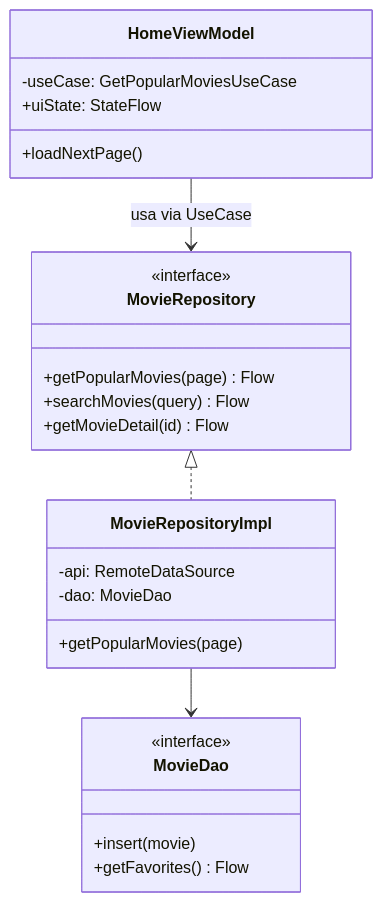
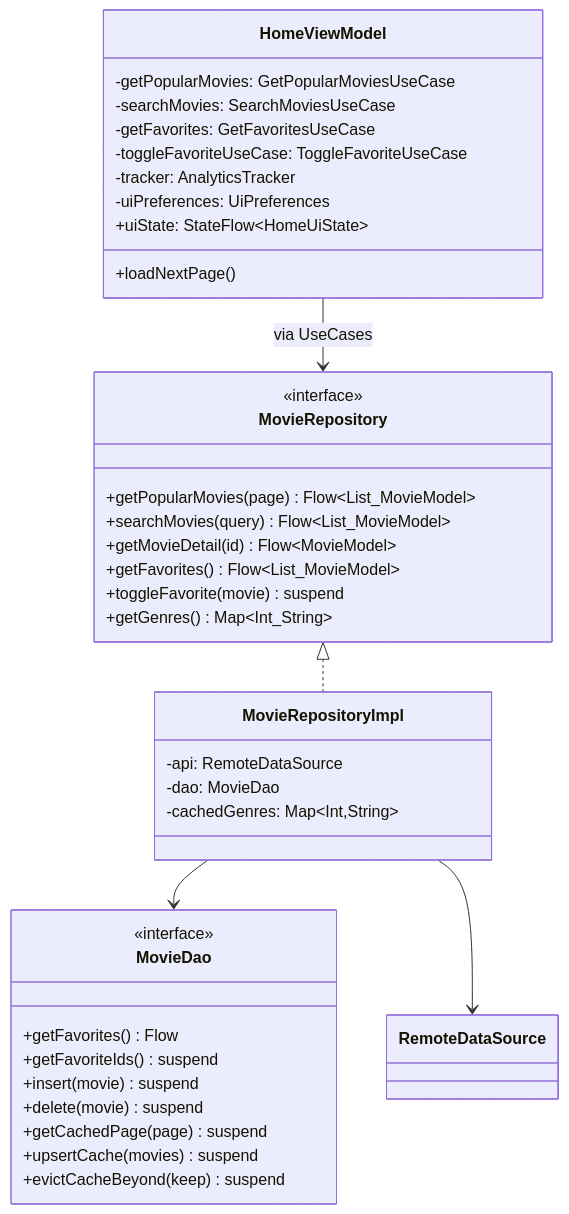
One commit to victorsantanaa/MovieFlux changed the ninth of 9 diagrams in docs/movie_flux_diagrams.md. Above: the diagram before and after it, drawn with Mermaid. The commit also changed other lines of this file, not shown here.

Commit message:
feat: update authentication flow diagrams and enhance data synchronization details

````diff
--- a/docs/movie_flux_diagrams.md
+++ b/docs/movie_flux_diagrams.md
@@ -245,28 +314,42 @@
 ```mermaid
 classDiagram
     class MovieRepository {
         <<interface>>
-        +getPopularMovies(page) Flow
-        +searchMovies(query) Flow
-        +getMovieDetail(id) Flow
+        +getPopularMovies(page) Flow~List_MovieModel~
+        +searchMovies(query) Flow~List_MovieModel~
+        +getMovieDetail(id) Flow~MovieModel~
+        +getFavorites() Flow~List_MovieModel~
+        +toggleFavorite(movie) suspend
+        +getGenres() Map~Int_String~
     }
     class MovieRepositoryImpl {
         -api: RemoteDataSource
         -dao: MovieDao
-        +getPopularMovies(page)
+        -cachedGenres: Map~Int,String~
     }
     class HomeViewModel {
-        -useCase: GetPopularMoviesUseCase
-        +uiState: StateFlow
+        -getPopularMovies: GetPopularMoviesUseCase
+        -searchMovies: SearchMoviesUseCase
+        -getFavorites: GetFavoritesUseCase
+        -toggleFavoriteUseCase: ToggleFavoriteUseCase
+        -tracker: AnalyticsTracker
+        -uiPreferences: UiPreferences
+        +uiState: StateFlow~HomeUiState~
         +loadNextPage()
     }
     class MovieDao {
         <<interface>>
-        +insert(movie)
         +getFavorites() Flow
+        +getFavoriteIds() suspend
+        +insert(movie) suspend
+        +delete(movie) suspend
+        +getCachedPage(page) suspend
+        +upsertCache(movies) suspend
+        +evictCacheBeyond(keep) suspend
     }
 
     MovieRepository <|.. MovieRepositoryImpl
-    HomeViewModel --> MovieRepository : usa via UseCase
+    HomeViewModel --> MovieRepository : via UseCases
     MovieRepositoryImpl --> MovieDao
+    MovieRepositoryImpl --> RemoteDataSource
 ```
````
